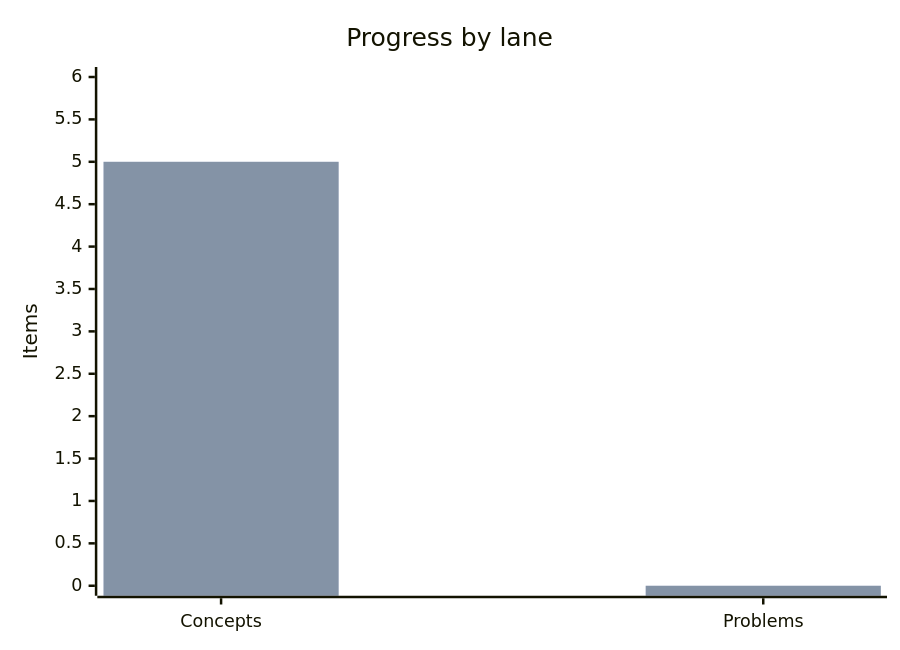
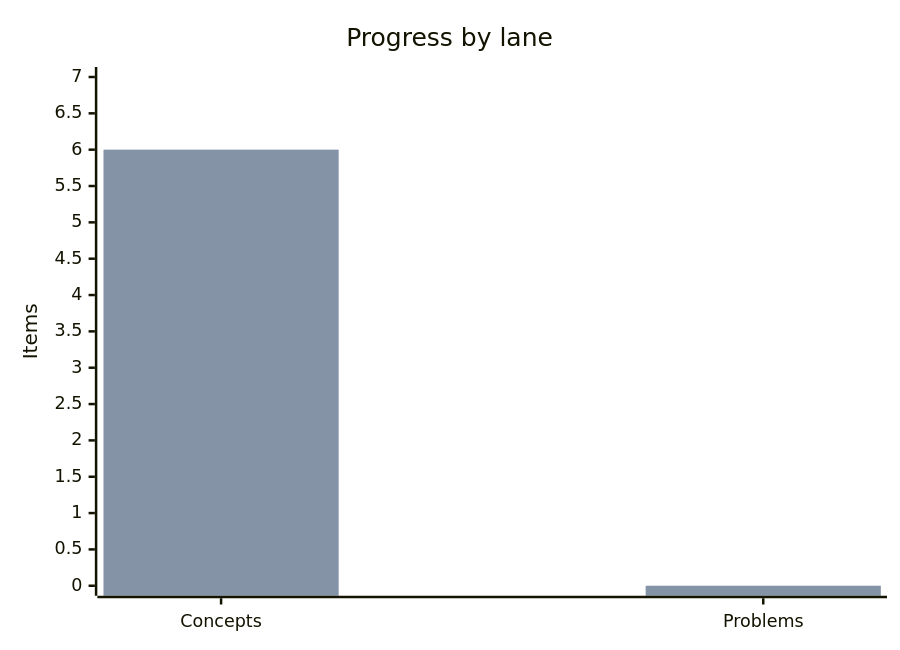
Before and after one commit to mauli-waghmore/system-design-notes: the diagram in README.md, drawn with Mermaid. The commit also changed other lines of this file and 2 other files, not shown here.

Commit message:
docs: add google request flow canvas

````diff
--- a/README.md
+++ b/README.md
@@ -32,9 +32,9 @@
 ```mermaid
 %%{init: {"xyChart": {"plotColorPalette": ["#0969da", "#3DA639"]}}}%%
 xychart-beta
     title "Progress by lane"
     x-axis ["Concepts", "Problems"]
-    y-axis "Items" 0 --> 6
-    bar [5, 0]
-    bar [5, 0]
+    y-axis "Items" 0 --> 7
+    bar [6, 0]
+    bar [6, 0]
 ```
````
